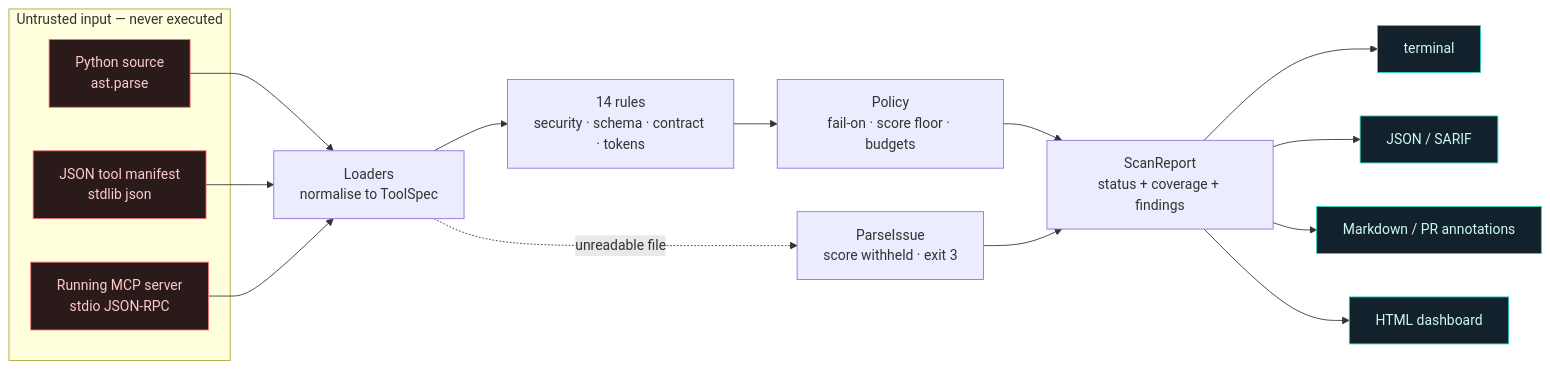
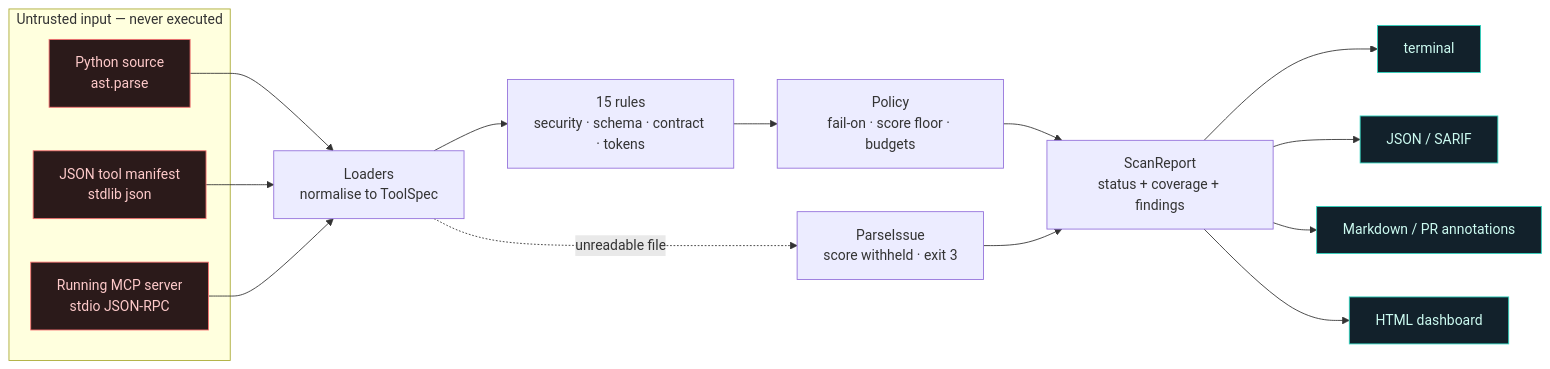
Before and after one commit to RANJITHROSAN17/Vexar-MCP: the diagram in README.md, drawn with Mermaid. The commit also changed other lines of this file and 1 other file, not shown here.

Commit message:
docs: correct rule counts after MCP015
Three counts still described the pre-MCP015 rule set: the README pipeline
diagram and CLI example said 14, and `docs/rules.md` said thirteen static rules.
Static rules are now fourteen (MCP012 is the fifteenth and live-only).

````diff
--- a/README.md
+++ b/README.md
@@ -70,29 +70,29 @@
 ```mermaid
 flowchart LR
     subgraph inputs["Untrusted input — never executed"]
         A["Python source<br/>ast.parse"]
         B["JSON tool manifest<br/>stdlib json"]
         C["Running MCP server<br/>stdio JSON-RPC"]
     end
 
     A --> D["Loaders<br/>normalise to ToolSpec"]
     B --> D
     C --> D
 
-    D --> E["14 rules<br/>security · schema · contract · tokens"]
+    D --> E["15 rules<br/>security · schema · contract · tokens"]
     E --> F["Policy<br/>fail-on · score floor · budgets"]
     F --> G["ScanReport<br/>status + coverage + findings"]
 
     G --> H["terminal"]
     G --> I["JSON / SARIF"]
     G --> J["Markdown / PR annotations"]
     G --> K["HTML dashboard"]
 
     D -. "unreadable file" .-> L["ParseIssue<br/>score withheld · exit 3"]
     L --> G
 
     classDef untrusted fill:#2b1a1a,stroke:#f87171,color:#fecaca
     classDef out fill:#12212b,stroke:#2dd4bf,color:#ccfbf1
     class A,B,C untrusted
     class H,I,J,K out
 ```
````
